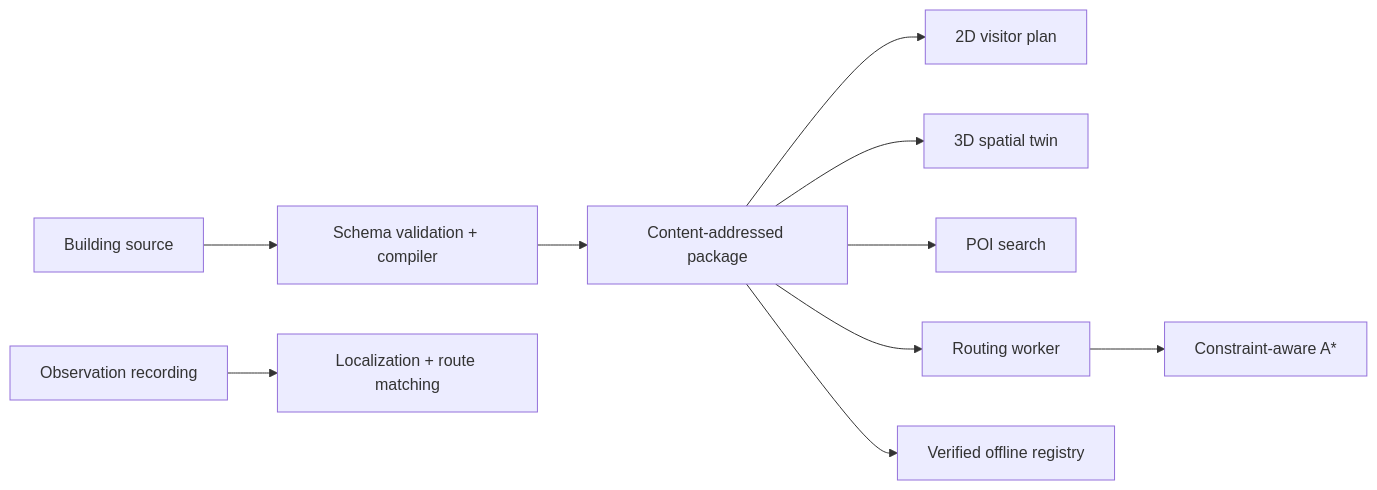
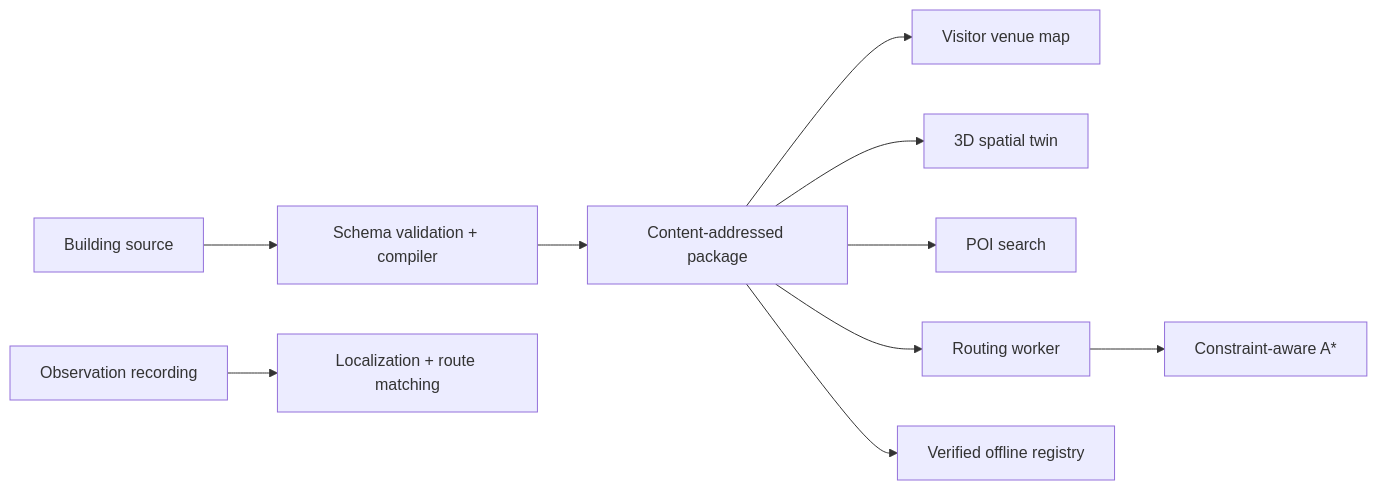
One commit to SanishKumar/voicegis-indoor-ar changed the diagram in README.md. Above: the diagram before and after it, drawn with Mermaid. The commit also changed other lines of this file and 21 other files, not shown here.

````diff
--- a/README.md
+++ b/README.md
@@ -104,12 +101,12 @@
 ```mermaid
 flowchart LR
   Source["Building source"] --> Compiler["Schema validation + compiler"]
   Compiler --> Package["Content-addressed package"]
-  Package --> Plan["2D visitor plan"]
+  Package --> Map["Visitor venue map"]
   Package --> Twin["3D spatial twin"]
   Package --> Search["POI search"]
   Package --> Worker["Routing worker"]
   Package --> Registry["Verified offline registry"]
   Worker --> Policy["Constraint-aware A*"]
   Replay["Observation recording"] --> Localization["Localization + route matching"]
 ```
````
